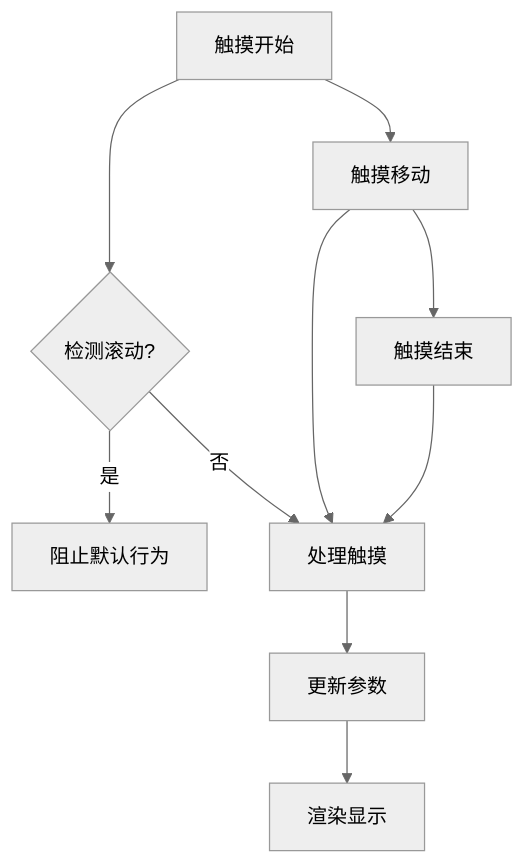
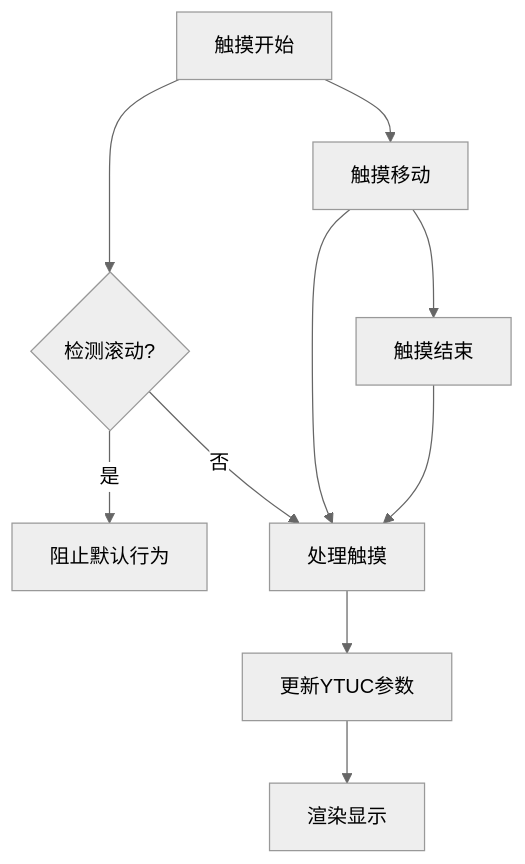
The sixth of 9 diagrams in .qoder/repowiki/zh/content/核心架构设计/字体渲染引擎/字体轴参数控制.md (db300/MySymphosizer), drawn with Mermaid (neutral theme) before and after one commit. The commit also changed other lines of this file and 5 other files, not shown here.

````diff
--- a/.qoder/repowiki/zh/content/核心架构设计/字体渲染引擎/字体轴参数控制.md
+++ b/.qoder/repowiki/zh/content/核心架构设计/字体渲染引擎/字体轴参数控制.md
@@ -240,12 +237,12 @@
 ```mermaid
 flowchart TD
 TouchStart[触摸开始] --> TouchMove[触摸移动]
 TouchMove --> TouchEnd[触摸结束]
 TouchStart --> DetectScroll{检测滚动?}
 DetectScroll --> |是| PreventDefault[阻止默认行为]
 DetectScroll --> |否| ProcessTouch[处理触摸]
 TouchMove --> ProcessTouch
 TouchEnd --> ProcessTouch
-ProcessTouch --> UpdateParams[更新参数]
+ProcessTouch --> UpdateParams[更新YTUC参数]
 UpdateParams --> Render[渲染显示]
 ```
````
